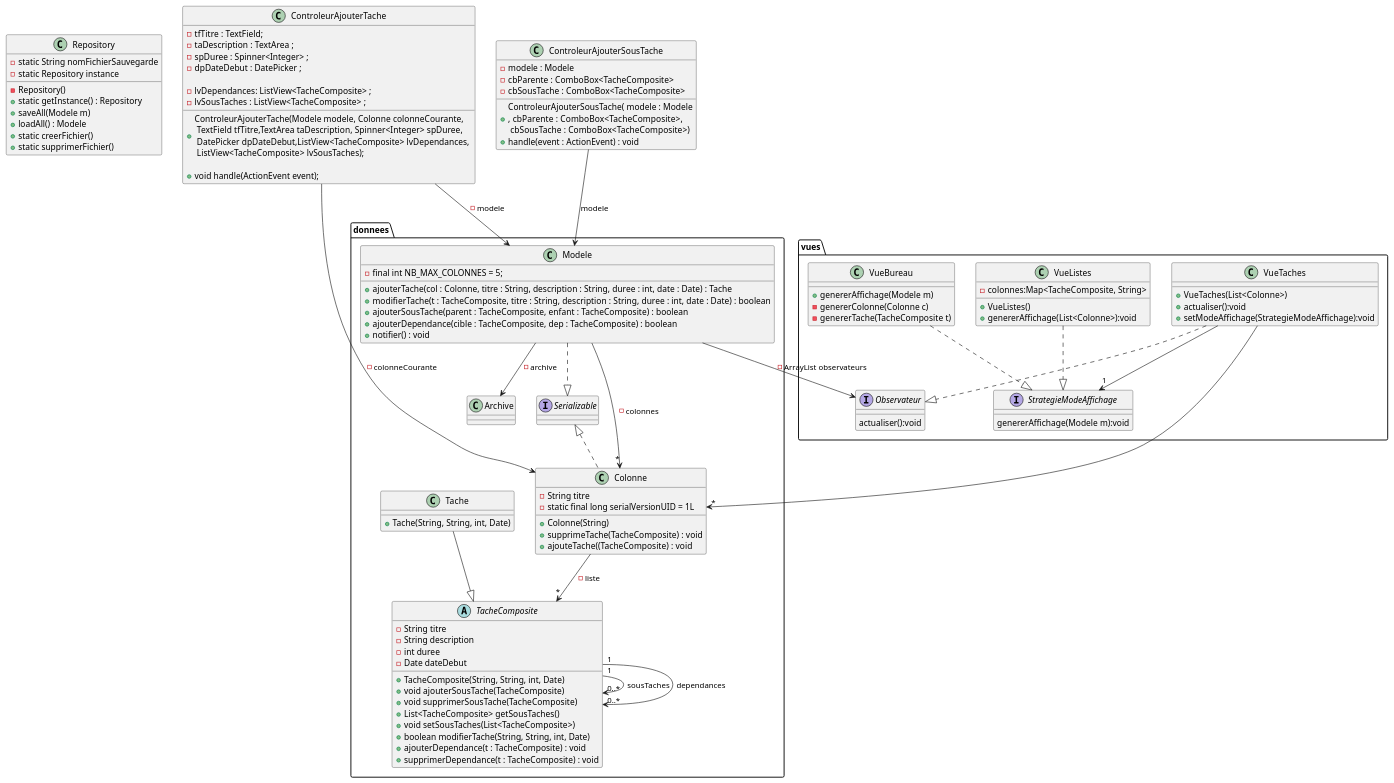
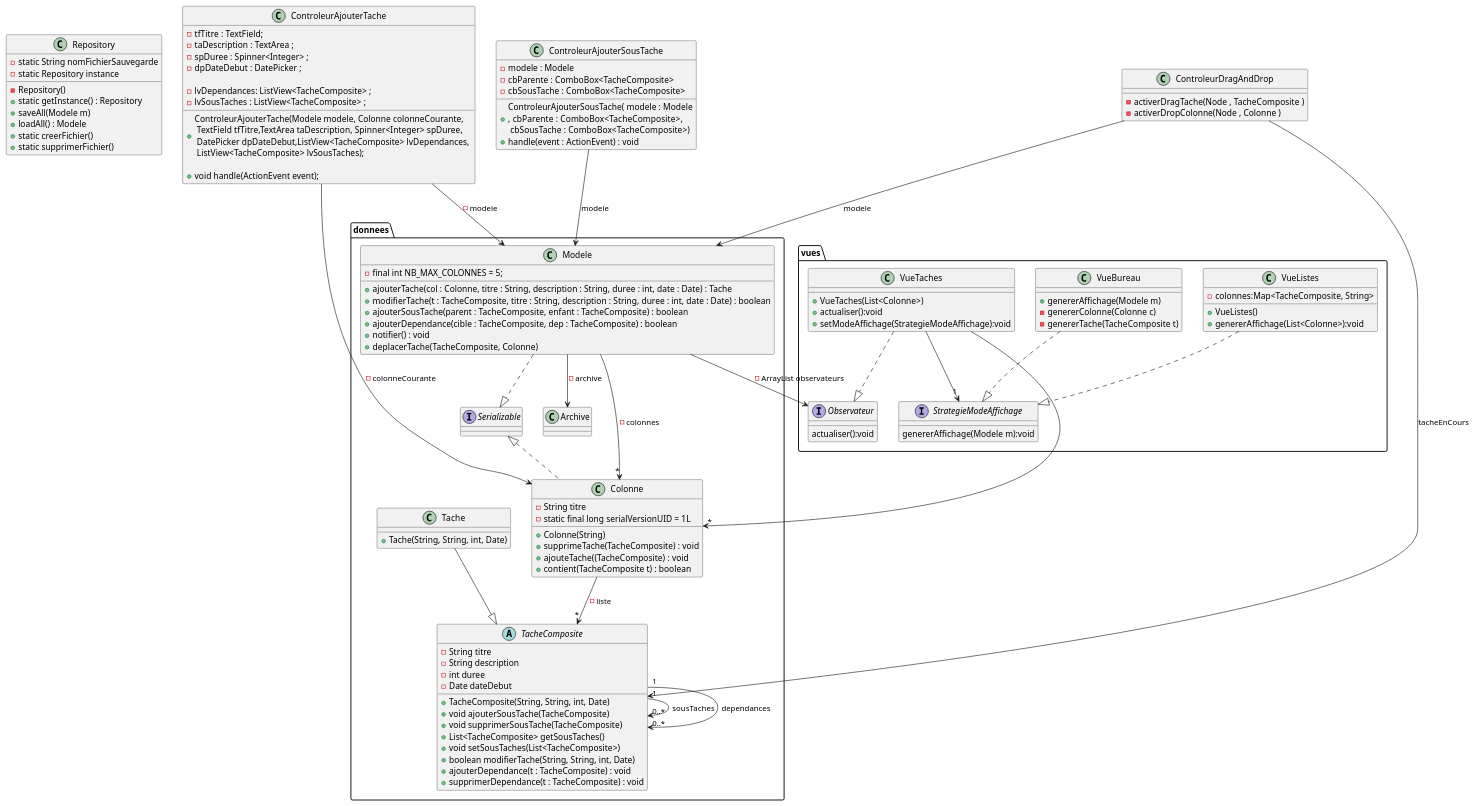
One commit to AlexanderCARNET/SAE_3_01_dev_application changed the diagram in Ollert_QDEV/diagrammes/iteration3/DiagrammClasses.puml. Above: the diagram before and after it, drawn with PlantUML. The commit also changed 1 other file, not shown here.

Commit message:
[Doc] Diagramme seq et classe

```diff
--- a/Ollert_QDEV/diagrammes/iteration3/DiagrammClasses.puml
+++ b/Ollert_QDEV/diagrammes/iteration3/DiagrammClasses.puml
@@ -1,142 +1,154 @@
 @startuml
 
 package donnees {
 
     class Modele {
             - final int NB_MAX_COLONNES = 5;
 
             + ajouterTache(col : Colonne, titre : String, description : String, duree : int, date : Date) : Tache
             + modifierTache(t : TacheComposite, titre : String, description : String, duree : int, date : Date) : boolean
             + ajouterSousTache(parent : TacheComposite, enfant : TacheComposite) : boolean
             + ajouterDependance(cible : TacheComposite, dep : TacheComposite) : boolean
             + notifier() : void
+            +deplacerTache(TacheComposite, Colonne)
 
 
         }
         Modele ..|> Serializable
         Modele --> "*" Colonne : - colonnes
 
         Modele --> Archive : - archive
 
     abstract class TacheComposite {
         - String titre
         - String description
         - int duree
         - Date dateDebut
 
         + TacheComposite(String, String, int, Date)
         + void ajouterSousTache(TacheComposite)
         + void supprimerSousTache(TacheComposite)
         + List<TacheComposite> getSousTaches()
         + void setSousTaches(List<TacheComposite>)
         + boolean modifierTache(String, String, int, Date)
 + ajouterDependance(t : TacheComposite) : void
 + supprimerDependance(t : TacheComposite) : void
     }
 
     class Tache {
         + Tache(String, String, int, Date)
     }
 
     Tache --|> TacheComposite
 
     TacheComposite "1" --> "0..*" TacheComposite : sousTaches
         TacheComposite "1" --> "0..*" TacheComposite : dependances
 
 
     interface Serializable
     class Colonne {
     - String titre
     - static final long serialVersionUID = 1L
     + Colonne(String)
     + supprimeTache(TacheComposite) : void
     + ajouteTache((TacheComposite) : void
+    + contient(TacheComposite t) : boolean
 
     }
     Colonne -->  "*" TacheComposite : - liste
     Colonne .u.|> Serializable
 }
 
 class Repository{
     - static String nomFichierSauvegarde
     - static Repository instance
     - Repository()
     + static getInstance() : Repository
     + saveAll(Modele m)
     + loadAll() : Modele
     + static creerFichier()
     + static supprimerFichier()
 }
 
 package vues{
     interface StrategieModeAffichage{
         genererAffichage(Modele m):void
     }
 
     interface Observateur{
         actualiser():void
     }
 
     class VueListes{
         - colonnes:Map<TacheComposite, String>
 
         + VueListes()
         + genererAffichage(List<Colonne>):void
     }
 
     class VueBureau{
         +genererAffichage(Modele m)
         - genererColonne(Colonne c)
         - genererTache(TacheComposite t)
     }
 
     class VueTaches{
         + VueTaches(List<Colonne>)
         + actualiser():void
         + setModeAffichage(StrategieModeAffichage):void
     }
 }
 
  class ControleurAjouterTache  {
 
 
     -  tfTitre : TextField;
     - taDescription : TextArea ;
     - spDuree : Spinner<Integer> ;
     - dpDateDebut : DatePicker ;
 
     - lvDependances: ListView<TacheComposite> ;
     - lvSousTaches : ListView<TacheComposite> ;
 
     + ControleurAjouterTache(Modele modele, Colonne colonneCourante, \n TextField tfTitre,TextArea taDescription, Spinner<Integer> spDuree, \n DatePicker dpDateDebut,ListView<TacheComposite> lvDependances, \n ListView<TacheComposite> lvSousTaches);
 
     + void handle(ActionEvent event);
 
 }
 
 class ControleurAjouterSousTache{
 - modele : Modele
 - cbParente : ComboBox<TacheComposite>
 - cbSousTache : ComboBox<TacheComposite>
 + ControleurAjouterSousTache( modele : Modele\n,  cbParente : ComboBox<TacheComposite>, \n cbSousTache : ComboBox<TacheComposite>)
 + handle(event : ActionEvent) : void
 }
 
+class ControleurDragAndDrop {
+
+-activerDragTache(Node , TacheComposite )
+-activerDropColonne(Node , Colonne )
+
+}
+
+ControleurDragAndDrop --> Modele : modele
+ControleurDragAndDrop --> TacheComposite : tacheEnCours
+
 ControleurAjouterSousTache --> Modele : modele
 
 
 
  ControleurAjouterTache --> Modele : - modele
  ControleurAjouterTache --> Colonne : -colonneCourante
 
 
 VueListes ..|> StrategieModeAffichage
 VueBureau ..|> StrategieModeAffichage
 VueTaches ..|> Observateur
 
 VueTaches --> "1" StrategieModeAffichage
 VueTaches --> "*" Colonne
 Modele --> Observateur : - ArrayList observateurs
 
 
 @enduml
```
